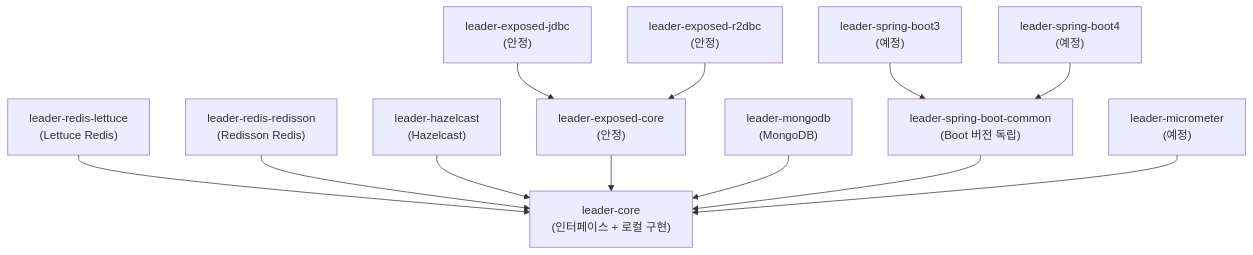
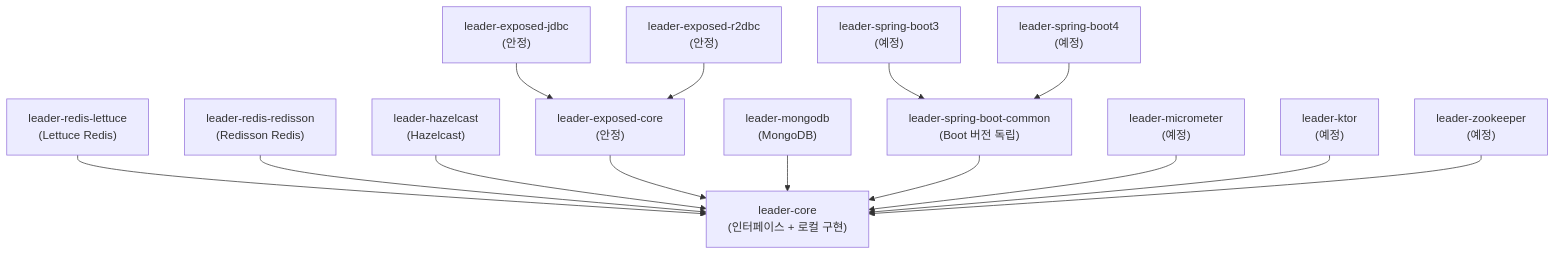
One commit to bluetape4k/bluetape4k-leader changed the first of 3 diagrams in README.ko.md. Above: the diagram before and after it, drawn with Mermaid. The commit also changed other lines of this file and 3 other files, not shown here.

````diff
--- a/README.ko.md
+++ b/README.ko.md
@@ -25,27 +25,31 @@
 ```mermaid
 graph TD
     Core["leader-core\n(인터페이스 + 로컬 구현)"]
     Lettuce["leader-redis-lettuce\n(Lettuce Redis)"]
     Redisson["leader-redis-redisson\n(Redisson Redis)"]
     Hazelcast["leader-hazelcast\n(Hazelcast)"]
     ExposedCore["leader-exposed-core\n(안정)"]
     ExposedJdbc["leader-exposed-jdbc\n(안정)"]
     ExposedR2dbc["leader-exposed-r2dbc\n(안정)"]
     Mongo["leader-mongodb\n(MongoDB)"]
     SBCommon["leader-spring-boot-common\n(Boot 버전 독립)"]
     SB3["leader-spring-boot3\n(예정)"]
     SB4["leader-spring-boot4\n(예정)"]
     Metrics["leader-micrometer\n(예정)"]
+    Ktor["leader-ktor\n(예정)"]
+    ZK["leader-zookeeper\n(예정)"]
 
     Lettuce --> Core
     Redisson --> Core
     Hazelcast --> Core
     ExposedCore --> Core
     ExposedJdbc --> ExposedCore
     ExposedR2dbc --> ExposedCore
     Mongo --> Core
     SBCommon --> Core
     SB3 --> SBCommon
     SB4 --> SBCommon
     Metrics --> Core
+    Ktor --> Core
+    ZK --> Core
 ```
````
